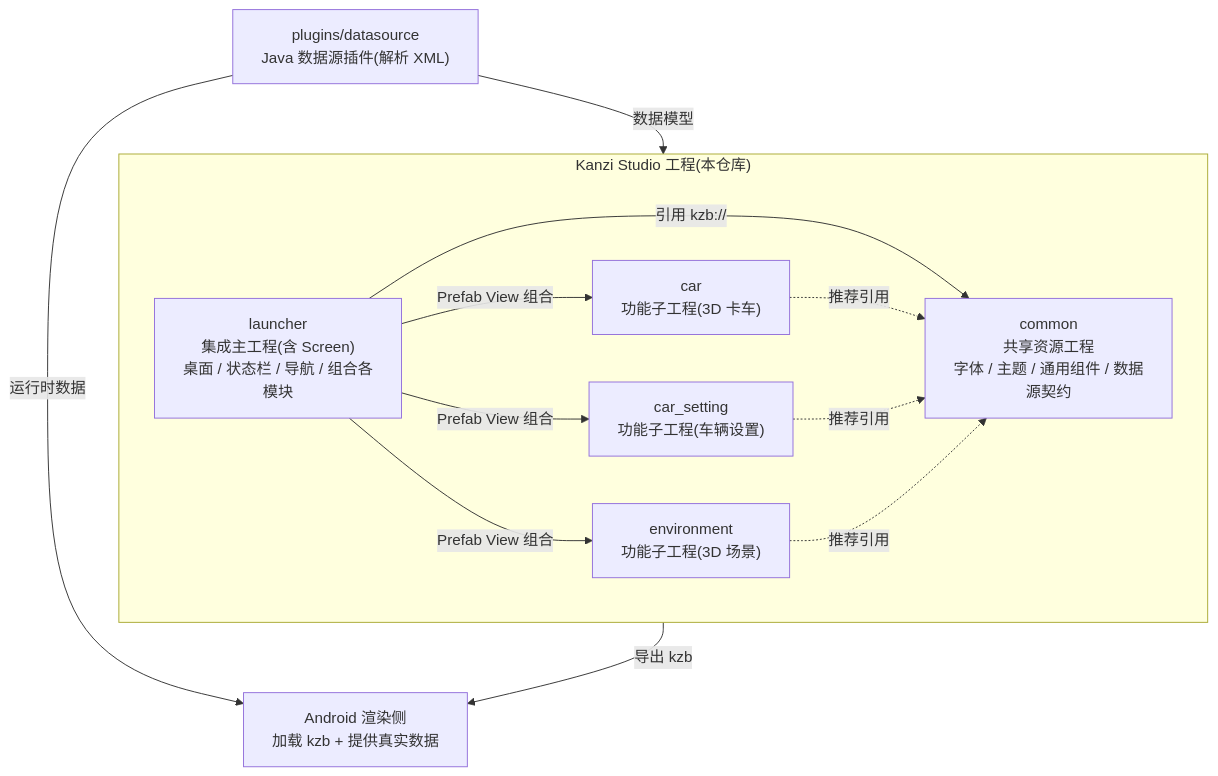
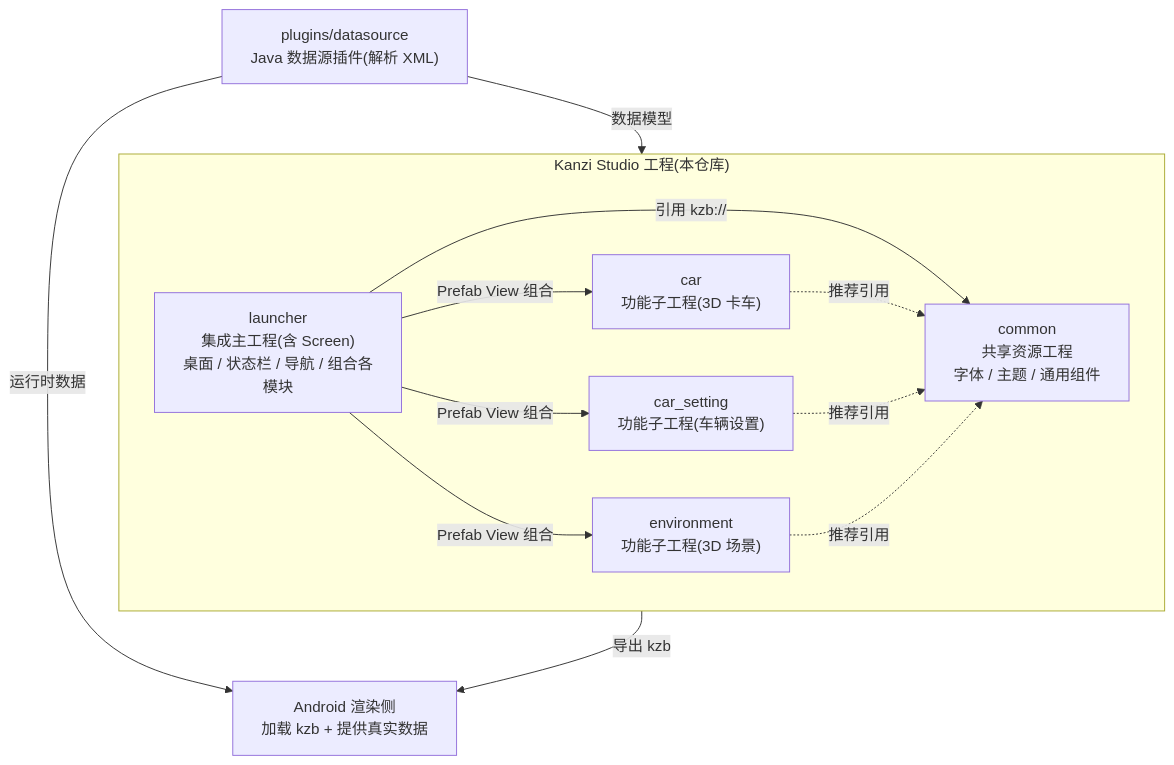
Before and after one commit to ganlong-2016/kanzi_project: the diagram in README.md, drawn with Mermaid. The commit also changed other lines of this file and 4 other files, not shown here.

````diff
--- a/README.md
+++ b/README.md
@@ -9,25 +9,25 @@
 ```mermaid
 flowchart TB
     subgraph Studio["Kanzi Studio 工程(本仓库)"]
-        common["common<br/>共享资源工程<br/>字体 / 主题 / 通用组件 / 数据源契约"]
+        common["common<br/>共享资源工程<br/>字体 / 主题 / 通用组件"]
         launcher["launcher<br/>集成主工程(含 Screen)<br/>桌面 / 状态栏 / 导航 / 组合各模块"]
         car["car<br/>功能子工程(3D 卡车)"]
         car_setting["car_setting<br/>功能子工程(车辆设置)"]
         environment["environment<br/>功能子工程(3D 场景)"]
 
         launcher -->|引用 kzb://| common
         launcher -->|Prefab View 组合| car
         launcher -->|Prefab View 组合| car_setting
         launcher -->|Prefab View 组合| environment
         car -.推荐引用.-> common
         car_setting -.推荐引用.-> common
         environment -.推荐引用.-> common
     end
 
     plugin["plugins/datasource<br/>Java 数据源插件(解析 XML)"]
     android["Android 渲染侧<br/>加载 kzb + 提供真实数据"]
 
     plugin -->|数据模型| Studio
     Studio -->|导出 kzb| android
     plugin -->|运行时数据| android
 ```
````
